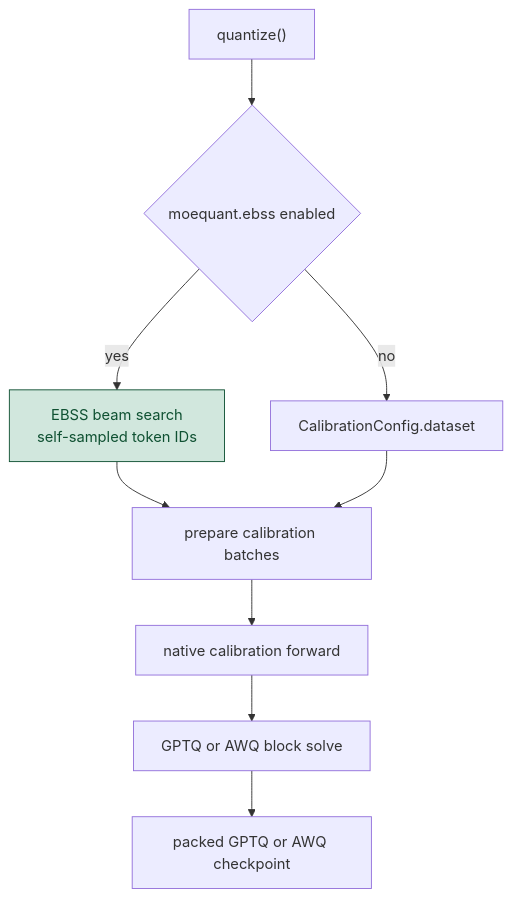
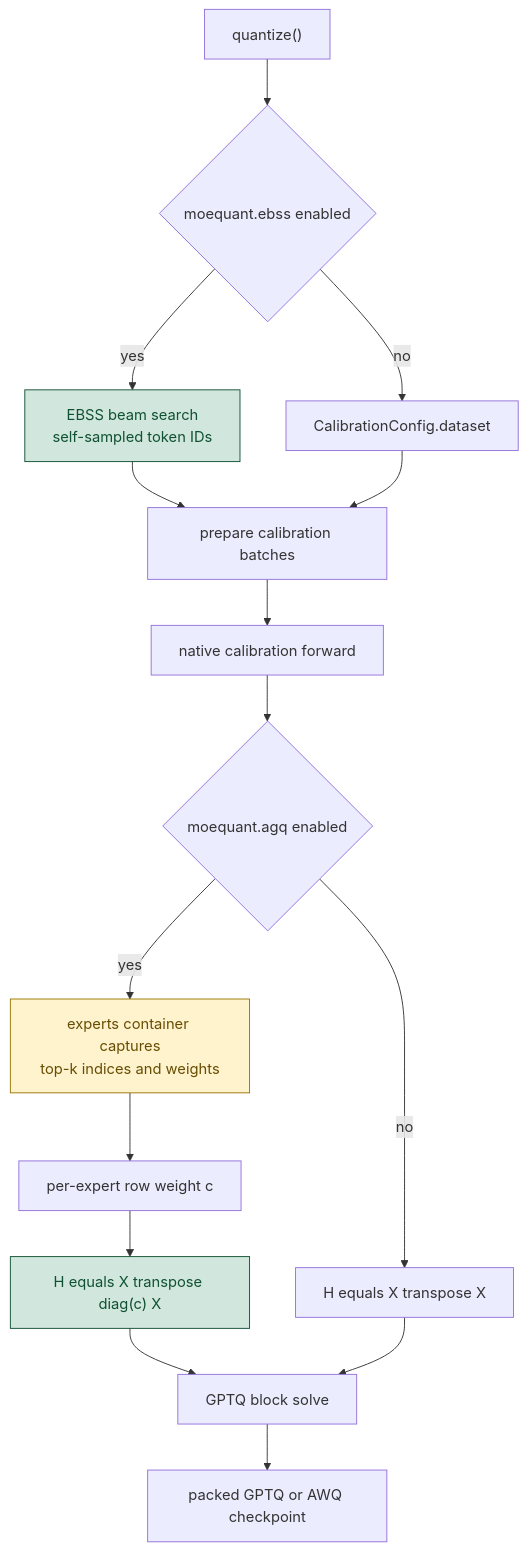
One commit to ModelCloud/GPTQModel changed the diagram in docs/moequant.md. Above: the diagram before and after it, drawn with Mermaid. The commit also changed other lines of this file and 18 other files, not shown here.

First line of the commit message:
feat(moequant): add affinity-guided quantization for routed experts

````diff
--- a/docs/moequant.md
+++ b/docs/moequant.md
@@ -22,12 +24,20 @@
 ```mermaid
 flowchart TD
     A["quantize()"] --> B{"moequant.ebss enabled"}
     B -- yes --> C["EBSS beam search<br/>self-sampled token IDs"]
     B -- no --> D["CalibrationConfig.dataset"]
     C --> E["prepare calibration batches"]
     D --> E
     E --> F["native calibration forward"]
-    F --> G["GPTQ or AWQ block solve"]
-    G --> H["packed GPTQ or AWQ checkpoint"]
+    F --> G{"moequant.agq enabled"}
+    G -- yes --> H["experts container captures<br/>top-k indices and weights"]
+    H --> I["per-expert row weight c"]
+    I --> J["H equals X transpose diag(c) X"]
+    G -- no --> K["H equals X transpose X"]
+    J --> L["GPTQ block solve"]
+    K --> L
+    L --> M["packed GPTQ or AWQ checkpoint"]
     style C fill:#d1e7dd,stroke:#0f5132,color:#0f5132
+    style J fill:#d1e7dd,stroke:#0f5132,color:#0f5132
+    style H fill:#fff3cd,stroke:#997404,color:#664d03
 ```
````
